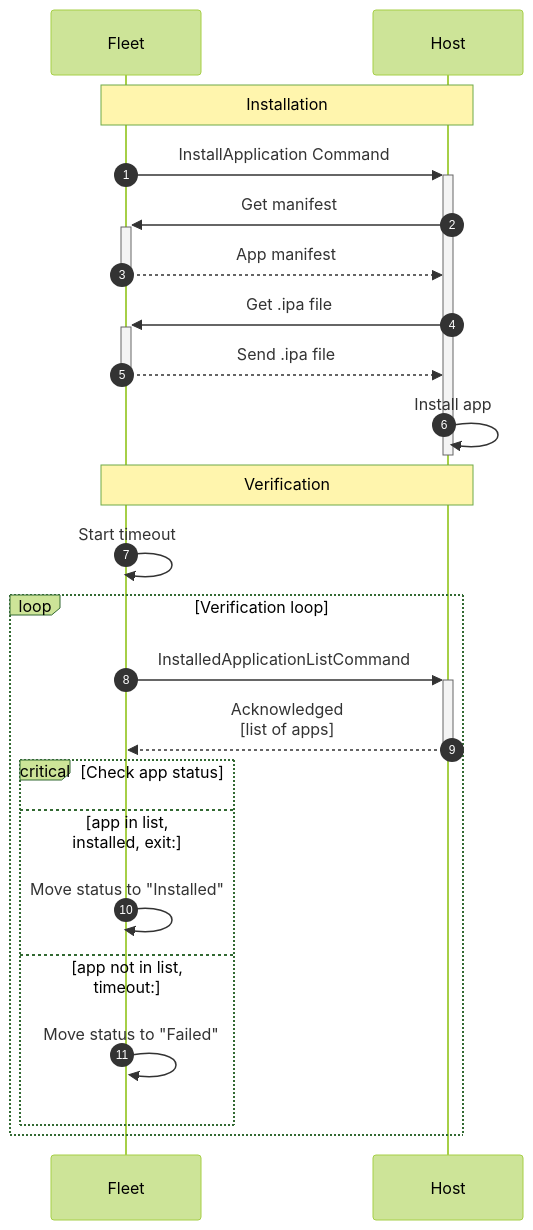
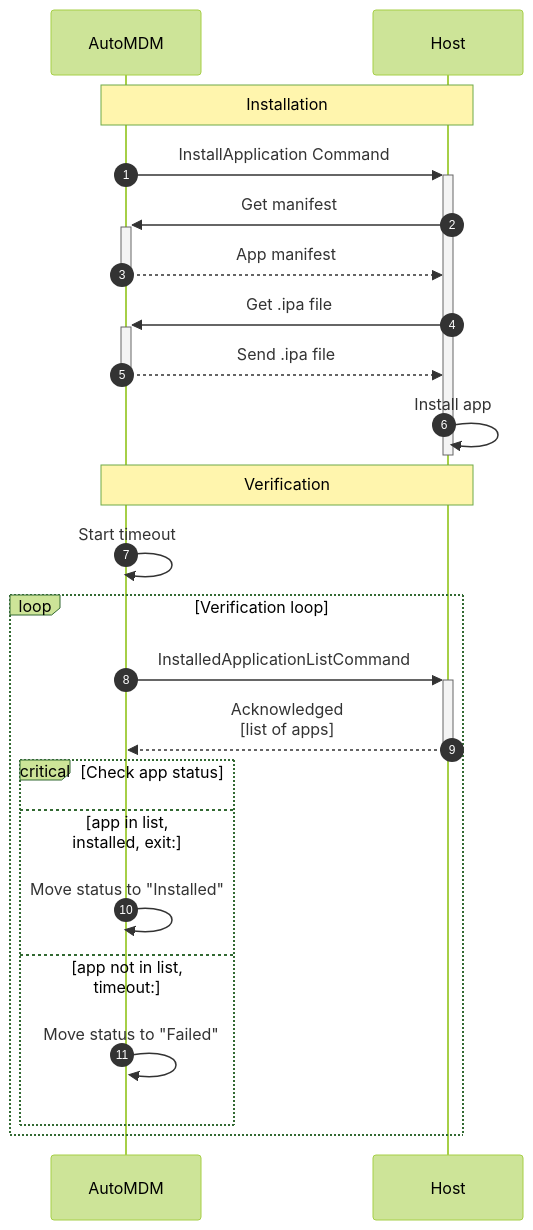
The third of 3 diagrams in docs/Contributing/software/software-installation.md (anilyagiz/AutoMDM), drawn with Mermaid (forest theme) before and after one commit. The commit also changed other lines of this file and 7979 other files, not shown here.

First line of the commit message:
Rebrand Fleet as AutoMDM (mechanical pass)

````diff
--- a/docs/Contributing/software/software-installation.md
+++ b/docs/Contributing/software/software-installation.md
@@ -130,26 +130,26 @@
 ```mermaid
 sequenceDiagram
     autonumber
-        Note over Fleet,Host: Installation
-        Fleet->>+Host: InstallApplication Command
-        Host->>+Fleet: Get manifest
-        Fleet-->>-Host: App manifest
-        Host->>+Fleet: Get .ipa file
-        Fleet-->>-Host: Send .ipa file
+        Note over AutoMDM,Host: Installation
+        AutoMDM->>+Host: InstallApplication Command
+        Host->>+AutoMDM: Get manifest
+        AutoMDM-->>-Host: App manifest
+        Host->>+AutoMDM: Get .ipa file
+        AutoMDM-->>-Host: Send .ipa file
         Host->>-Host: Install app
 
-        Note over Fleet,Host: Verification
+        Note over AutoMDM,Host: Verification
 
-        Fleet->>Fleet: Start timeout
+        AutoMDM->>AutoMDM: Start timeout
 
         loop Verification loop
-            Fleet->>+Host: InstalledApplicationListCommand
-            Host-->>-Fleet: Acknowledged<br/>[list of apps]
+            AutoMDM->>+Host: InstalledApplicationListCommand
+            Host-->>-AutoMDM: Acknowledged<br/>[list of apps]
             critical Check app status
             option app in list, installed, exit:
-                Fleet->>+Fleet: Move status to "Installed"
+                AutoMDM->>+AutoMDM: Move status to "Installed"
             option app not in list, timeout:
-                Fleet->>+Fleet: Move status to "Failed"
+                AutoMDM->>+AutoMDM: Move status to "Failed"
         end
     end
 ```
````
